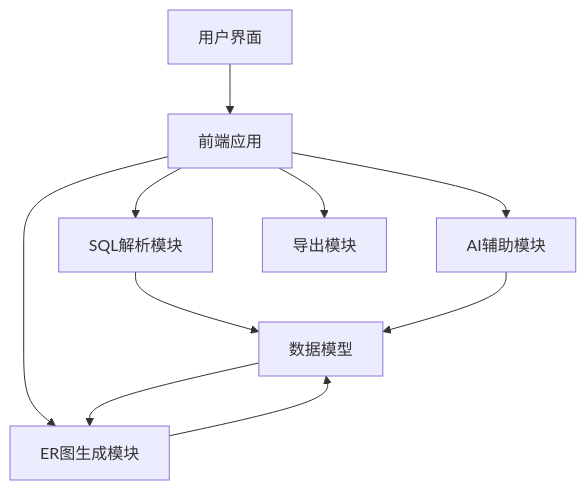
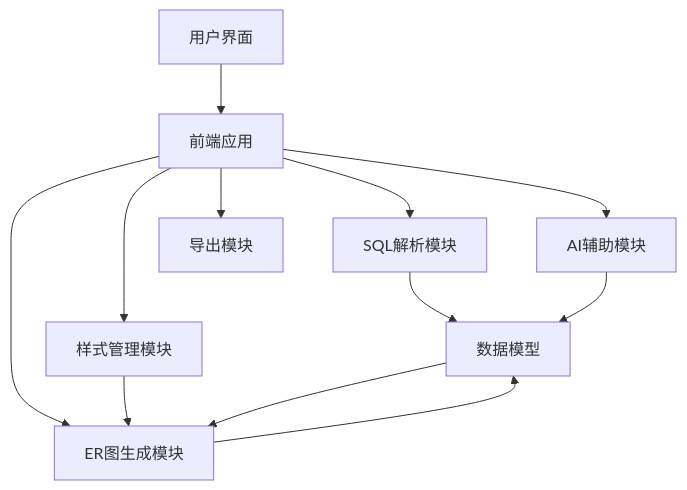
Before and after one commit to 2375351829/html-huahua: the first of 2 diagrams in .trae/documents/technical_architecture.md, drawn with Mermaid. The commit also changed other lines of this file and 21 other files, not shown here.

````diff
--- a/.trae/documents/technical_architecture.md
+++ b/.trae/documents/technical_architecture.md
@@ -2,12 +2,14 @@
 ```mermaid
 flowchart TD
     A[用户界面] --> B[前端应用]
     B --> C[SQL解析模块]
     B --> D[ER图生成模块]
     B --> E[AI辅助模块]
     B --> F[导出模块]
-    C --> G[数据模型]
-    D --> G
-    E --> G
+    B --> G[样式管理模块]
+    C --> H[数据模型]
+    D --> H
+    E --> H
     G --> D
+    H --> D
 ```
````
